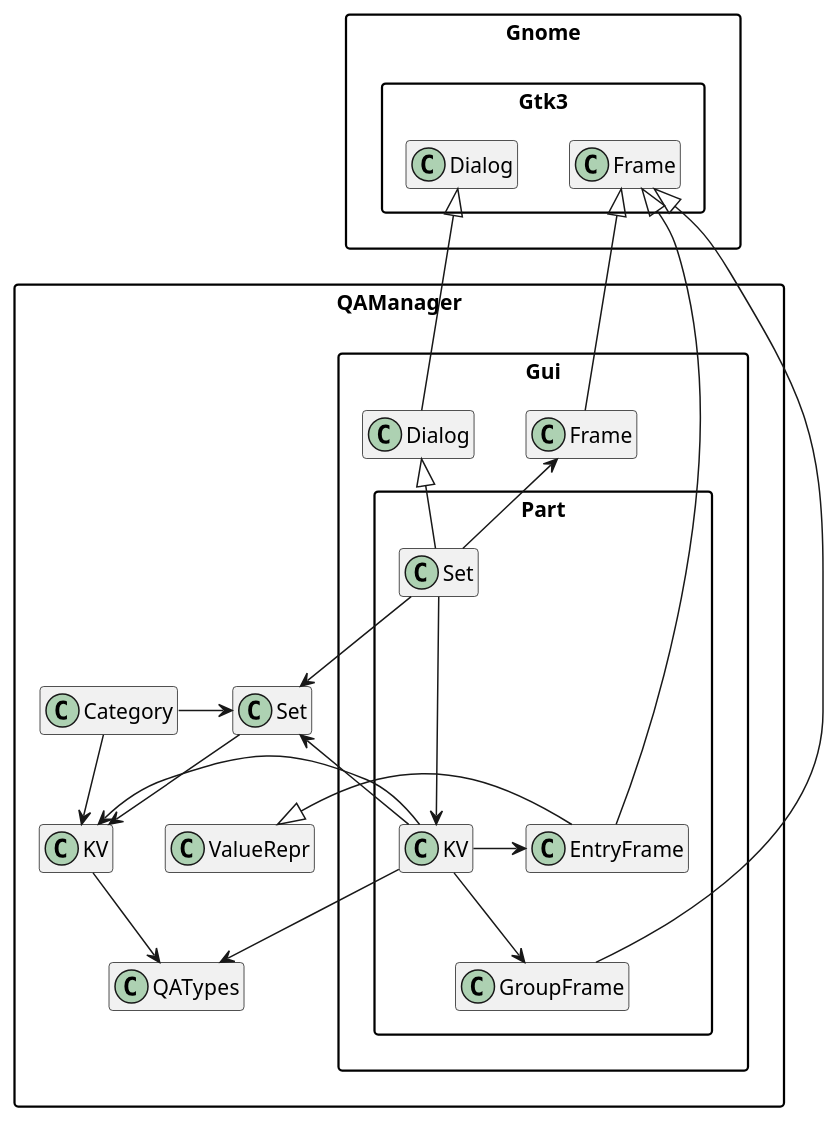
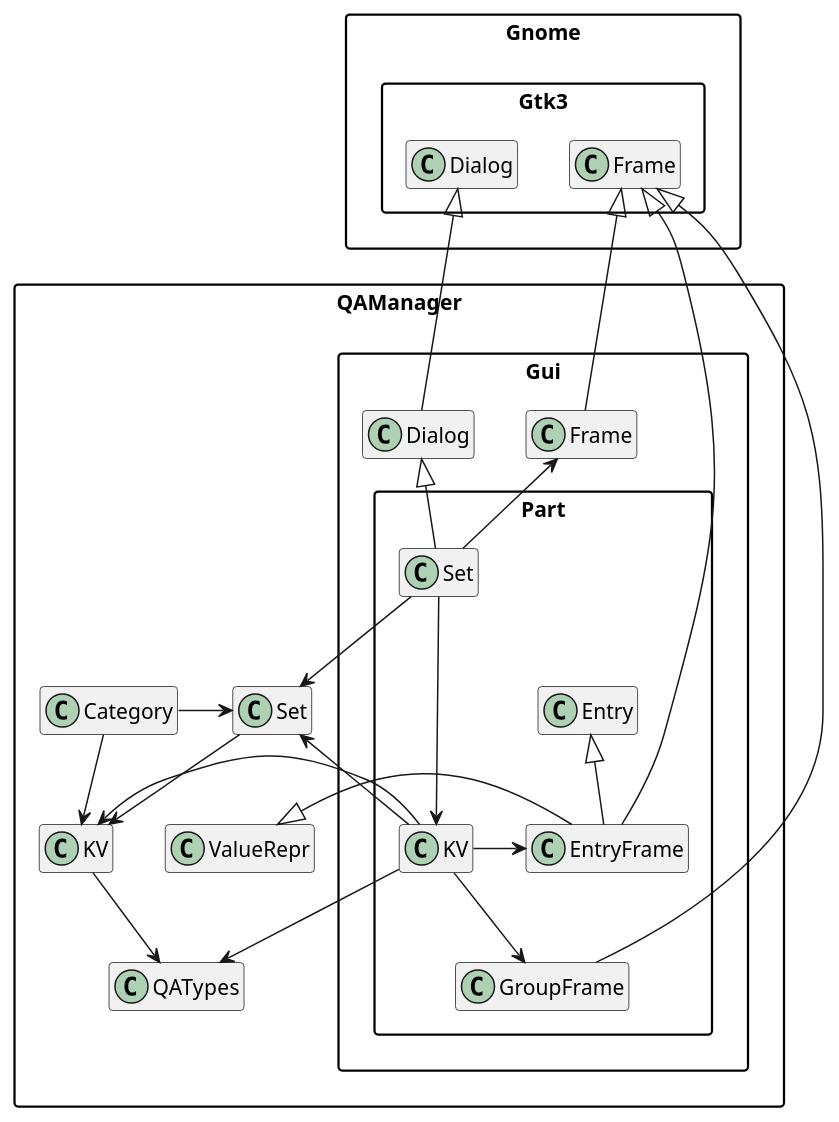
One commit to MARTIMM/qa-manager changed the diagram in doc/plantuml/structure-demodialog.md. Above: the diagram before and after it, drawn with PlantUML.

Commit message:
add a class

````diff
--- a/doc/plantuml/structure-demodialog.md
+++ b/doc/plantuml/structure-demodialog.md
@@ -1,37 +1,39 @@
 ```plantuml
 @startuml
 'scale 0.9
 skinparam packageStyle rectangle
 set namespaceSeparator ::
 hide members
 
 'title the set demo dialog
 
 QAManager::Category -> QAManager::Set
 QAManager::Category --> QAManager::KV
 
 QAManager::Set --> QAManager::KV
 
 QAManager::KV --> QAManager::QATypes
 
 Gnome::Gtk3::Dialog <|-- QAManager::Gui::Dialog
 QAManager::Gui::Dialog <|-- QAManager::Gui::Part::Set
 
 QAManager::Gui::Part::Set --> QAManager::Set
 QAManager::Gui::Part::Set ---> QAManager::Gui::Part::KV
 
 QAManager::Gui::Frame <-- QAManager::Gui::Part::Set
 Gnome::Gtk3::Frame <|-- QAManager::Gui::Frame
 
 QAManager::Gui::Part::KV --> QAManager::QATypes
 QAManager::Gui::Part::KV -> QAManager::KV
 QAManager::Set <-- QAManager::Gui::Part::KV
 QAManager::Gui::Part::KV --> QAManager::Gui::Part::GroupFrame
 QAManager::Gui::Part::KV -> QAManager::Gui::Part::EntryFrame
 
 Gnome::Gtk3::Frame <|-- QAManager::Gui::Part::GroupFrame
 Gnome::Gtk3::Frame <|-- QAManager::Gui::Part::EntryFrame
 QAManager::Gui::Part::EntryFrame -|> QAManager::ValueRepr
 
+QAManager::Gui::Part::Entry <|-- QAManager::Gui::Part::EntryFrame
+
 @enduml
 ```
````
